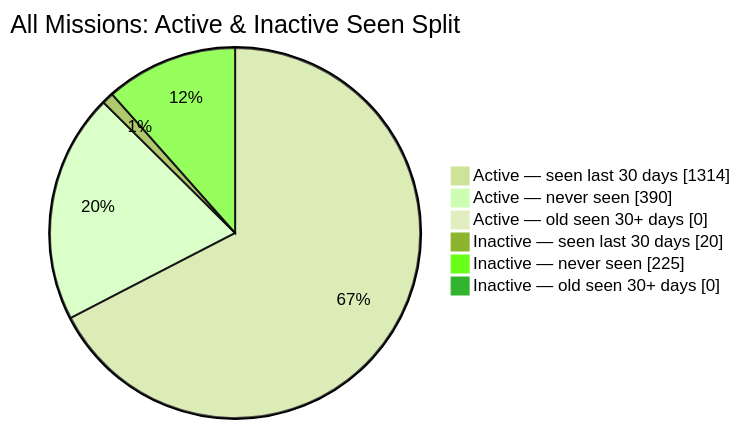
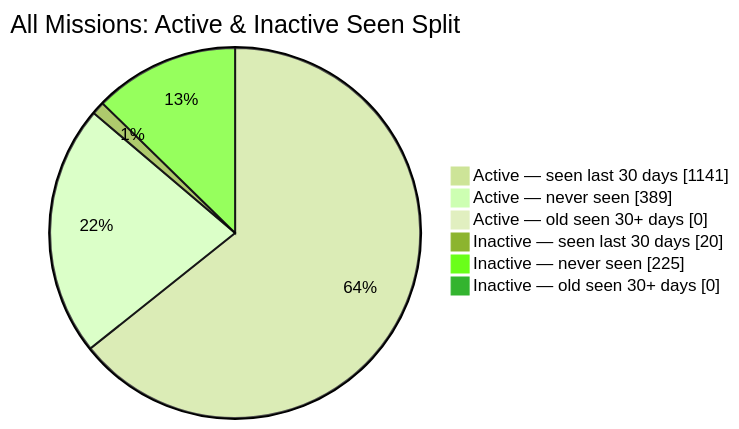
The second of 2 diagrams in README.md (MeldkamerspelGameTeam/active-missions), drawn with Mermaid (forest theme) before and after one commit. The commit also changed other lines of this file and 2 other files, not shown here.

````diff
--- a/README.md
+++ b/README.md
@@ -45,10 +45,10 @@
 ```mermaid
 pie showData
     title All Missions: Active & Inactive Seen Split
-    "Active — seen last 30 days" : 1314
-    "Active — never seen" : 390
+    "Active — seen last 30 days" : 1141
+    "Active — never seen" : 389
     "Active — old seen 30+ days" : 0
     "Inactive — seen last 30 days" : 20
     "Inactive — never seen" : 225
     "Inactive — old seen 30+ days" : 0
 ```
````
